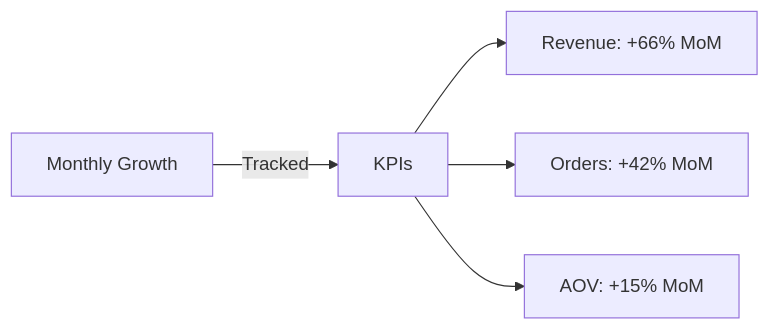
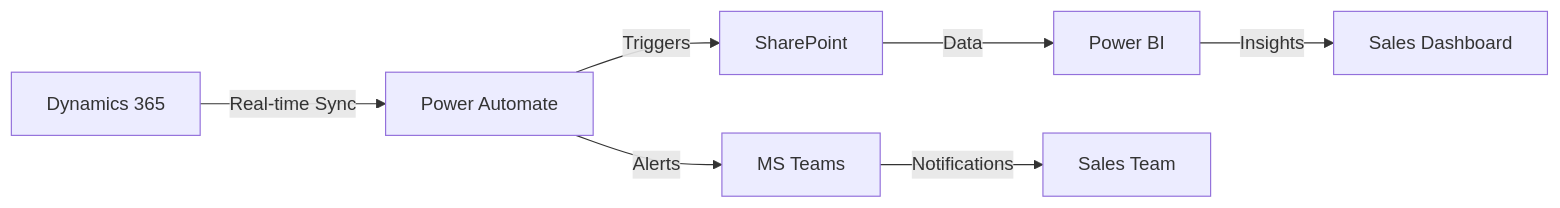
The third of 7 diagrams in content/projects/powerbi/Index.md (pavankakarrot/my-portfolio-website), drawn with Mermaid before and after one commit. The commit also changed other lines of this file and 19 other files, not shown here.

````diff
--- a/content/projects/powerbi/Index.md
+++ b/content/projects/powerbi/Index.md
@@ -283,7 +256,9 @@
 ```mermaid
 graph LR
-    A[Monthly Growth] -->|Tracked| B[KPIs]
-    B --> C[Revenue: +66% MoM]
-    B --> D[Orders: +42% MoM]
-    B --> E[AOV: +15% MoM]
+    A[Dynamics 365] -->|Real-time Sync| B[Power Automate]
+    B -->|Triggers| C[SharePoint]
+    B -->|Alerts| D[MS Teams]
+    C -->|Data| E[Power BI]
+    E -->|Insights| F[Sales Dashboard]
+    D -->|Notifications| G[Sales Team]
 ```
````
